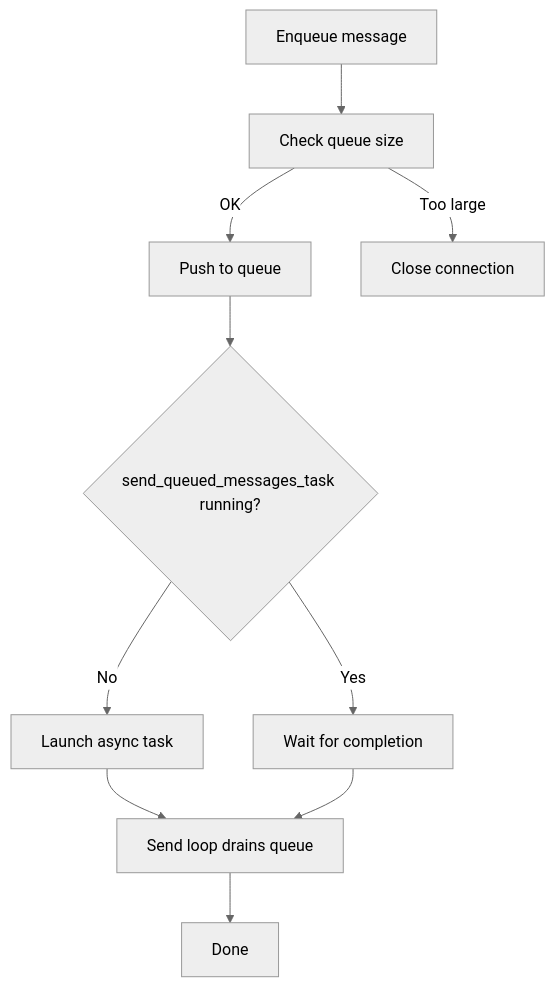
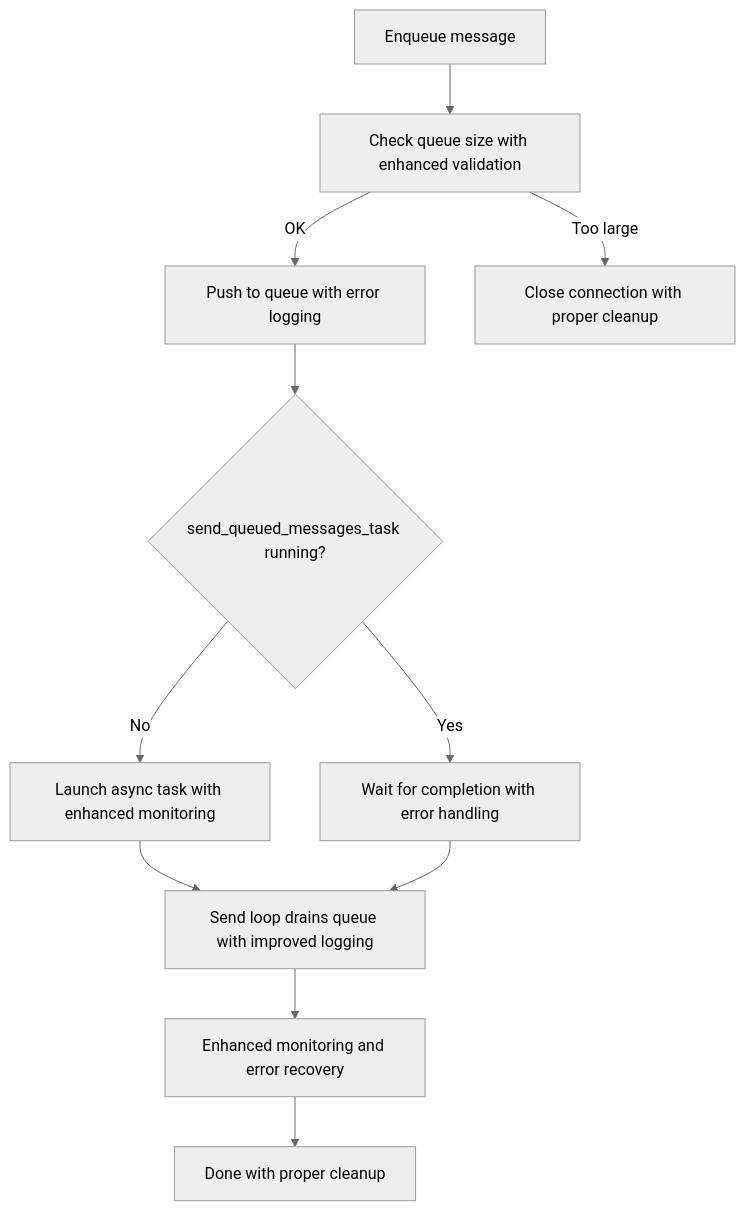
Before and after one commit to VIZ-Blockchain/viz-cpp-node: the eighth of 9 diagrams in .qoder/repowiki/en/content/Architecture Overview/Core Libraries/Network Library/Peer Connection Management.md, drawn with Mermaid (neutral theme). The commit also changed other lines of this file and 3 other files, not shown here.

````diff
--- a/.qoder/repowiki/en/content/Architecture Overview/Core Libraries/Network Library/Peer Connection Management.md
+++ b/.qoder/repowiki/en/content/Architecture Overview/Core Libraries/Network Library/Peer Connection Management.md
@@ -351,12 +365,13 @@
 ```mermaid
 flowchart TD
-Enqueue["Enqueue message"] --> CheckQueue["Check queue size"]
-CheckQueue --> |OK| Push["Push to queue"]
-CheckQueue --> |Too large| Close["Close connection"]
+Enqueue["Enqueue message"] --> CheckQueue["Check queue size with enhanced validation"]
+CheckQueue --> |OK| Push["Push to queue with error logging"]
+CheckQueue --> |Too large| Close["Close connection with proper cleanup"]
 Push --> StartTask{"send_queued_messages_task running?"}
-StartTask --> |No| Launch["Launch async task"]
-StartTask --> |Yes| Wait["Wait for completion"]
-Launch --> SendLoop["Send loop drains queue"]
+StartTask --> |No| Launch["Launch async task with enhanced monitoring"]
+StartTask --> |Yes| Wait["Wait for completion with error handling"]
+Launch --> SendLoop["Send loop drains queue with improved logging"]
 Wait --> SendLoop
-SendLoop --> Done["Done"]
+SendLoop --> EnhancedMonitoring["Enhanced monitoring and error recovery"]
+EnhancedMonitoring --> Done["Done with proper cleanup"]
 ```
````
